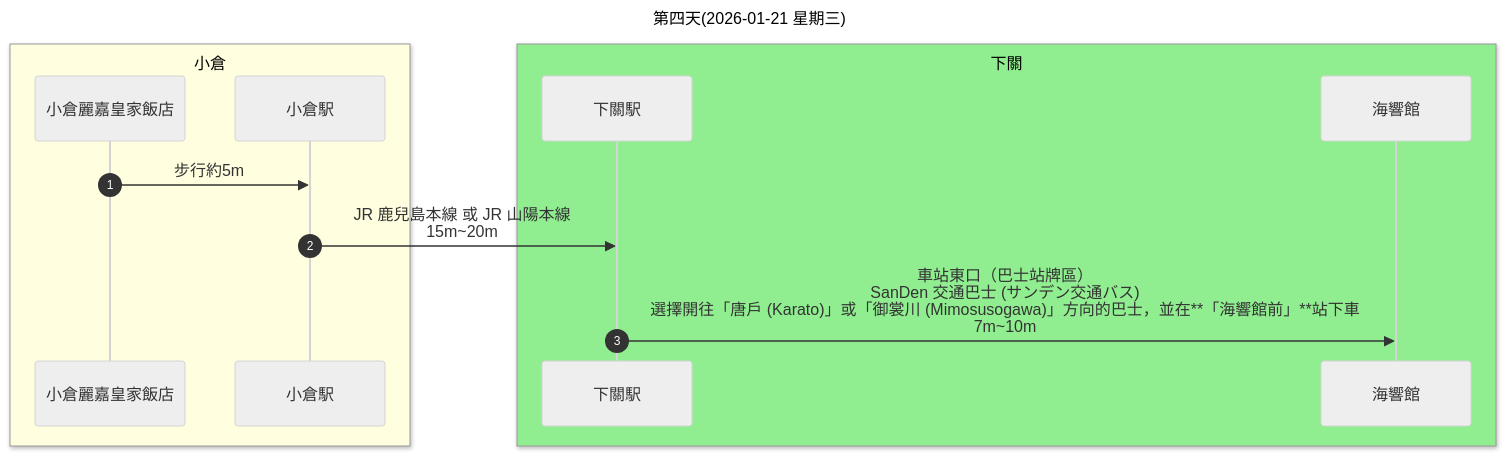
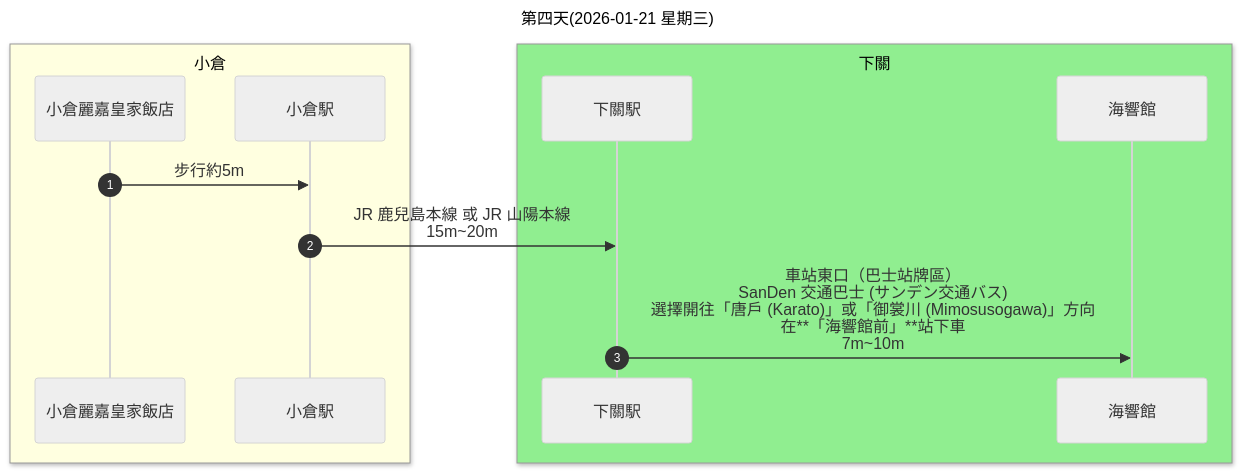
The fourth of 8 diagrams in 行程規劃A.md (Shuming-Yang/2026-January-Trip), drawn with Mermaid (neutral theme) before and after one commit. The commit also changed other lines of this file, not shown here.

````diff
--- a/行程規劃A.md
+++ b/行程規劃A.md
@@ -186,18 +186,18 @@
 ```mermaid
 sequenceDiagram
     autonumber
     title: 第四天(2026-01-21 星期三)
     box lightyellow 小倉
     participant A as 小倉麗嘉皇家飯店
     participant B as 小倉駅
     end
     box lightgreen 下關
     participant C as 下關駅
     participant D as 海響館
     end
     box lightblue 門司
     end
     A ->> B: 步行約5m
     B ->> C: JR 鹿兒島本線 或 JR 山陽本線<br>15m~20m
-    C ->> D: 車站東口（巴士站牌區）<br>SanDen 交通巴士 (サンデン交通バス)<br>選擇開往「唐戶 (Karato)」或「御裳川 (Mimosusogawa)」方向的巴士，並在**「海響館前」**站下車<br>7m~10m
+    C ->> D: 車站東口（巴士站牌區）<br>SanDen 交通巴士 (サンデン交通バス)<br>選擇開往「唐戶 (Karato)」或「御裳川 (Mimosusogawa)」方向<br>在**「海響館前」**站下車<br>7m~10m
 ```
````
